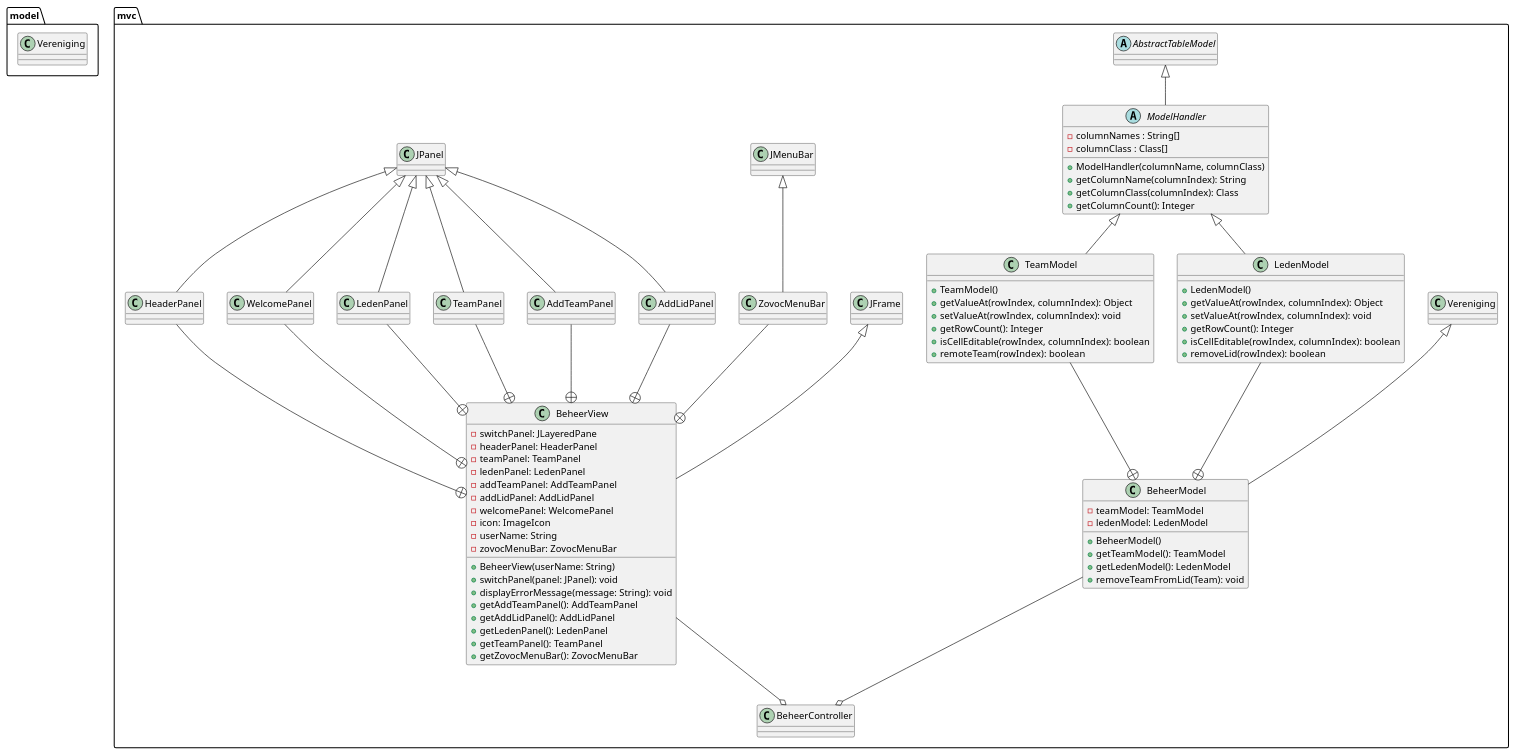
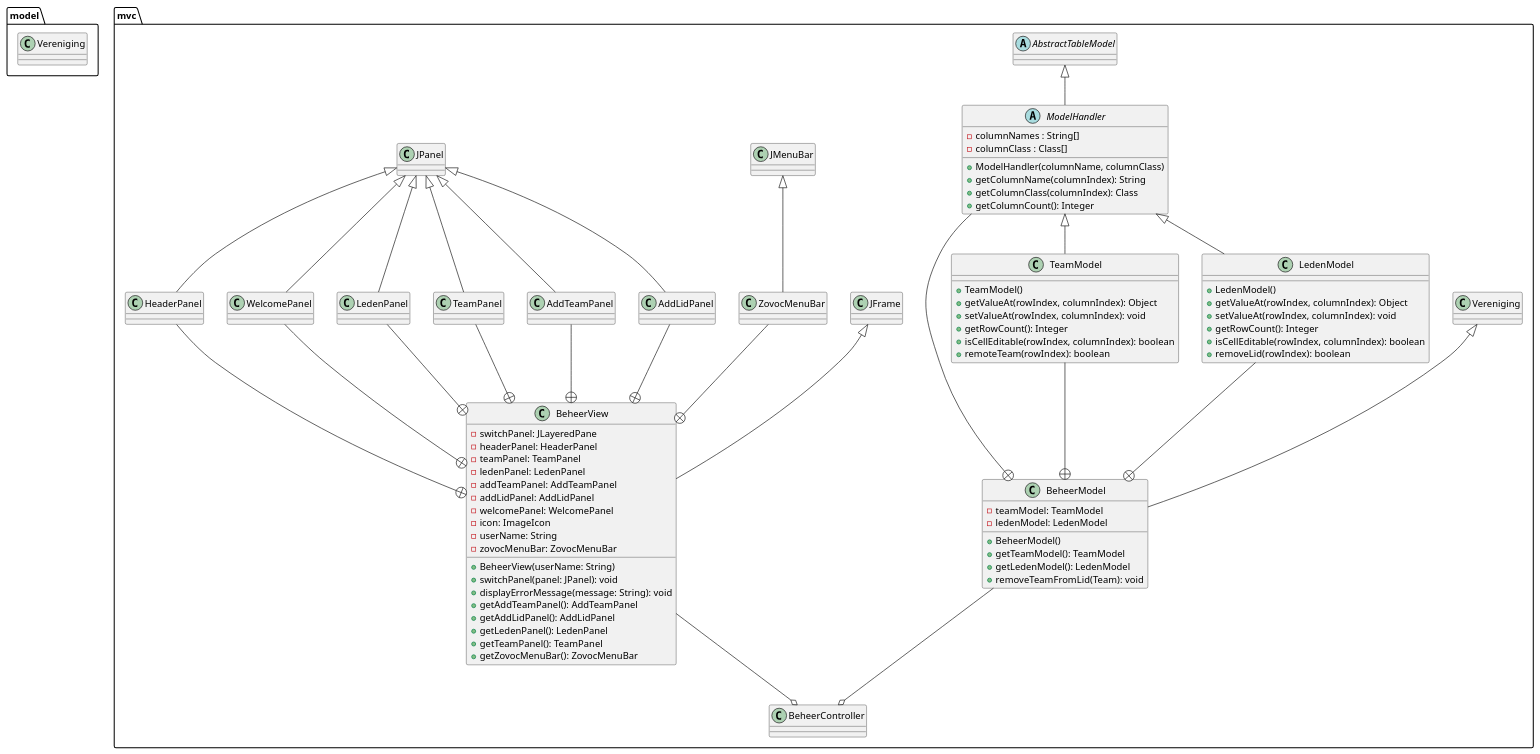
Before and after one commit to kaasszje/Zovoc-Leden-Beheer: the diagram in Docs/mvc.Beheer.puml, drawn with PlantUML.

Commit message:
Abstract class ModelHandler gemaakt. Diverse aanpassingen in klasse diagram

```diff
--- a/Docs/mvc.Beheer.puml
+++ b/Docs/mvc.Beheer.puml
@@ -1,102 +1,107 @@
 @startuml
 'https://plantuml.com/class-diagram
 'left to right direction
 
 Package model {
 class Vereniging
 }
 
 Package mvc {
 class BeheerModel extends Vereniging {
     - teamModel: TeamModel
     - ledenModel: LedenModel
     + BeheerModel()
     + getTeamModel(): TeamModel
     + getLedenModel(): LedenModel
     + removeTeamFromLid(Team): void
 }
 
 class TeamModel extends ModelHandler {
     + TeamModel()
     + getValueAt(rowIndex, columnIndex): Object
     + setValueAt(rowIndex, columnIndex): void
     + getRowCount(): Integer
     + isCellEditable(rowIndex, columnIndex): boolean
     + remoteTeam(rowIndex): boolean
 }
 
 class LedenModel extends ModelHandler {
     + LedenModel()
     + getValueAt(rowIndex, columnIndex): Object
     + setValueAt(rowIndex, columnIndex): void
     + getRowCount(): Integer
     + isCellEditable(rowIndex, columnIndex): boolean
     + removeLid(rowIndex): boolean
 }
 
 abstract class ModelHandler extends AbstractTableModel {
     - columnNames : String[]
     - columnClass : Class[]
     + ModelHandler(columnName, columnClass)
     + getColumnName(columnIndex): String
     + getColumnClass(columnIndex): Class
     + getColumnCount(): Integer
 }
 
 abstract class AbstractTableModel
 
 class BeheerView extends JFrame {
     - switchPanel: JLayeredPane
     - headerPanel: HeaderPanel
     - teamPanel: TeamPanel
     - ledenPanel: LedenPanel
     - addTeamPanel: AddTeamPanel
     - addLidPanel: AddLidPanel
     - welcomePanel: WelcomePanel
     - icon: ImageIcon
     - userName: String
     - zovocMenuBar: ZovocMenuBar
     + BeheerView(userName: String)
     + switchPanel(panel: JPanel): void
     + displayErrorMessage(message: String): void
     + getAddTeamPanel(): AddTeamPanel
     + getAddLidPanel(): AddLidPanel
     + getLedenPanel(): LedenPanel
     + getTeamPanel(): TeamPanel
     + getZovocMenuBar(): ZovocMenuBar
 }
 
 class BeheerController {
 }
 
 class ZovocMenuBar extends JMenuBar
 
 class HeaderPanel extends JPanel
 
 class WelcomePanel extends JPanel
 
 class LedenPanel extends JPanel
 
 class TeamPanel extends JPanel
 
 class AddTeamPanel extends JPanel
 
 class AddLidPanel extends JPanel
 
+
+
 'interne classes
 TeamModel --+ BeheerModel
 LedenModel --+ BeheerModel
+ModelHandler --+ BeheerModel
 ZovocMenuBar --+ BeheerView
 HeaderPanel --+ BeheerView
 WelcomePanel --+ BeheerView
 LedenPanel --+ BeheerView
 TeamPanel --+ BeheerView
 AddTeamPanel --+ BeheerView
 AddLidPanel --+ BeheerView
 
+BeheerView --o BeheerController
 BeheerModel --o BeheerController
-BeheerView --o BeheerController
+
 }
 
 
+
 @enduml
```
